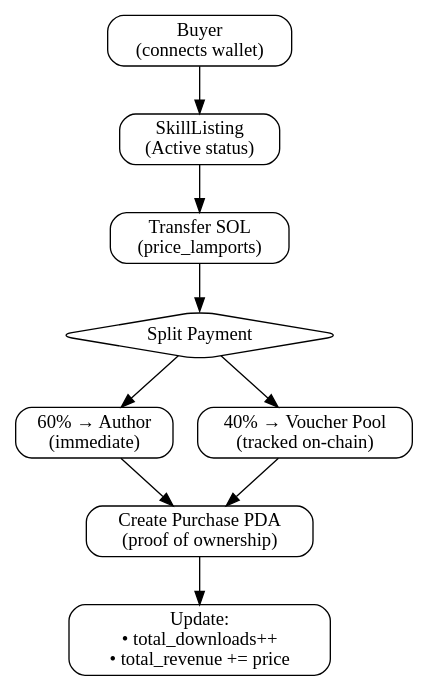
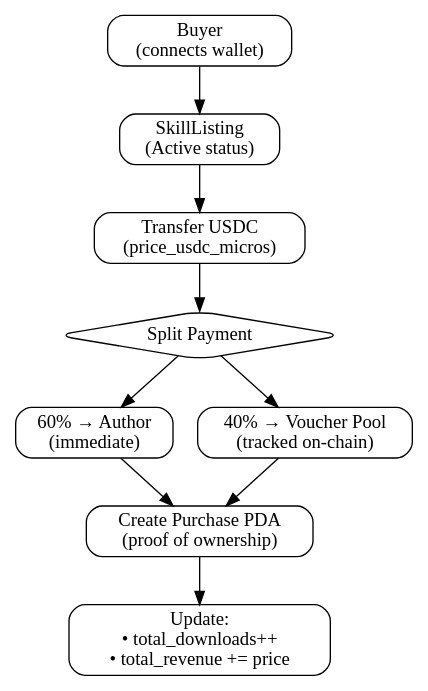
Before and after one commit to dirtybits/agent-reputation-oracle: the sixth of 13 diagrams in docs/ARCHITECTURE_ANALYSIS.md, drawn with Graphviz. The commit also changed other lines of this file and 25 other files, not shown here.

````diff
--- a/docs/ARCHITECTURE_ANALYSIS.md
+++ b/docs/ARCHITECTURE_ANALYSIS.md
@@ -254,29 +256,29 @@
 ```dot
 digraph PurchaseFlow {
     rankdir=TB;
     node [shape=box, style=rounded];
     
     Buyer [label="Buyer\n(connects wallet)"];
     SkillListing [label="SkillListing\n(Active status)"];
     
-    Payment [label="Transfer SOL\n(price_lamports)"];
+    Payment [label="Transfer USDC\n(price_usdc_micros)"];
     
     Split [label="Split Payment", shape=diamond];
     
     AuthorShare [label="60% → Author\n(immediate)"];
     VoucherPool [label="40% → Voucher Pool\n(tracked on-chain)"];
     
     PurchaseRecord [label="Create Purchase PDA\n(proof of ownership)"];
     
     UpdateStats [label="Update:\n• total_downloads++\n• total_revenue += price"];
     
     Buyer -> SkillListing;
     SkillListing -> Payment;
     Payment -> Split;
     Split -> AuthorShare;
     Split -> VoucherPool;
     AuthorShare -> PurchaseRecord;
     VoucherPool -> PurchaseRecord;
     PurchaseRecord -> UpdateStats;
 }
 ```
````
